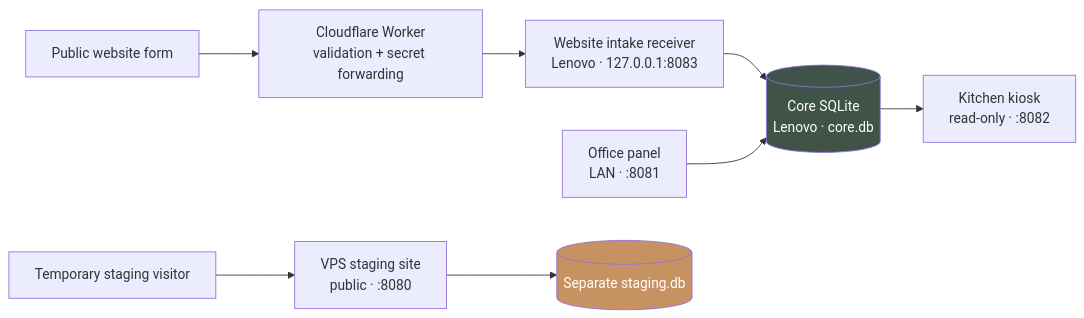
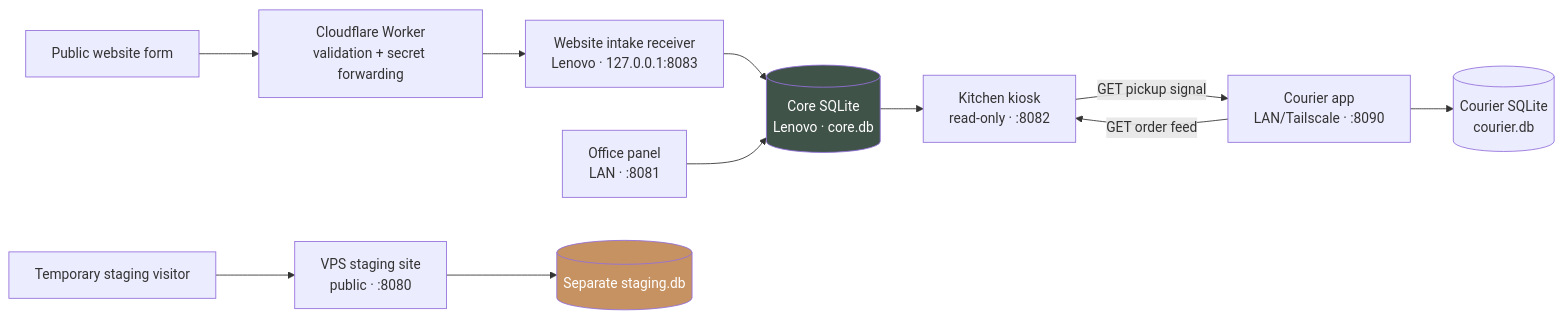
The first of 2 diagrams in docs/architecture.md (VikJo1978/silberloeffel-catering), drawn with Mermaid before and after one commit. The commit also changed other lines of this file and 6 other files, not shown here.

Commit message:
Close kiosk pickup signal rollout

````diff
--- a/docs/architecture.md
+++ b/docs/architecture.md
@@ -5,15 +5,18 @@
 ```mermaid
 flowchart LR
     Browser["Public website form"] --> Worker["Cloudflare Worker\nvalidation + secret forwarding"]
     Worker --> Receiver["Website intake receiver\nLenovo · 127.0.0.1:8083"]
     Receiver --> Core[("Core SQLite\nLenovo · core.db")]
 
     Office["Office panel\nLAN · :8081"] --> Core
     Core --> Kiosk["Kitchen kiosk\nread-only · :8082"]
+    Courier["Courier app\nLAN/Tailscale · :8090"] --> CourierDB[("Courier SQLite\ncourier.db")]
+    Courier -->|"GET order feed"| Kiosk
+    Kiosk -->|"GET pickup signal"| Courier
 
     StagingBrowser["Temporary staging visitor"] --> Staging["VPS staging site\npublic · :8080"]
     Staging --> StagingDB[("Separate staging.db")]
 
     style Core fill:#405349,color:#fff
     style StagingDB fill:#c79262,color:#fff
 ```
````
